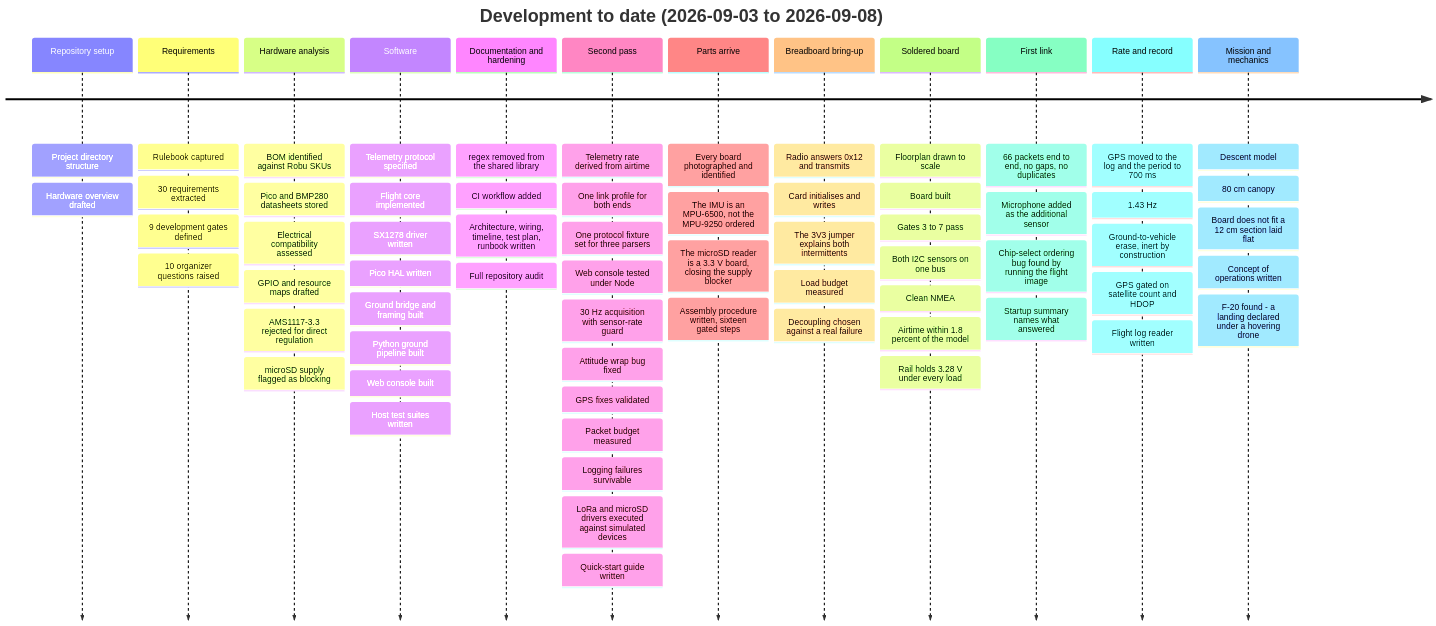
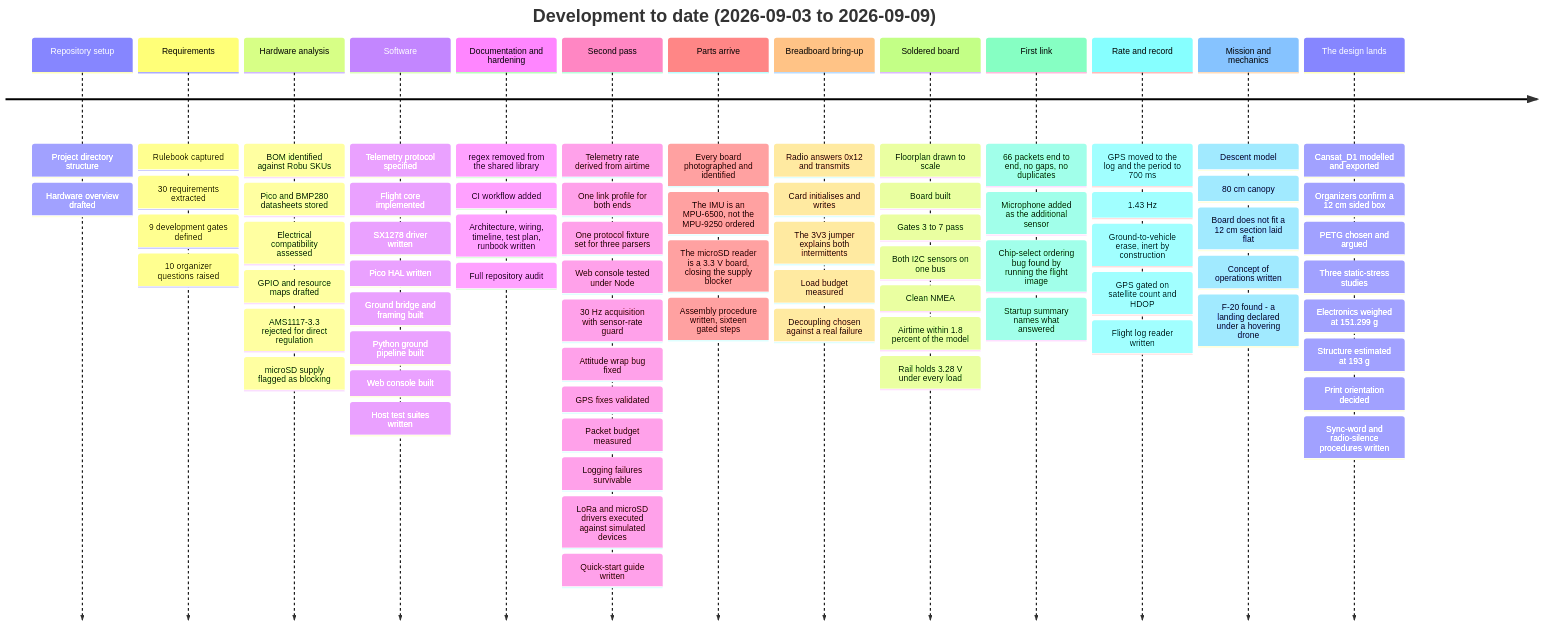
The first of 4 diagrams in documentation/project/timeline.md (KunjSorathiya/CanSat-2026), drawn with Mermaid before and after one commit. The commit also changed other lines of this file and 2 other files, not shown here.

````diff
--- a/documentation/project/timeline.md
+++ b/documentation/project/timeline.md
@@ -56,16 +56,17 @@
 ```mermaid
 timeline
-    title Development to date (2026-09-03 to 2026-09-08)
+    title Development to date (2026-09-03 to 2026-09-09)
     Repository setup : Project directory structure : Hardware overview drafted
     Requirements : Rulebook captured : 30 requirements extracted : 9 development gates defined : 10 organizer questions raised
     Hardware analysis : BOM identified against Robu SKUs : Pico and BMP280 datasheets stored : Electrical compatibility assessed : GPIO and resource maps drafted : AMS1117-3.3 rejected for direct regulation : microSD supply flagged as blocking
     Software : Telemetry protocol specified : Flight core implemented : SX1278 driver written : Pico HAL written : Ground bridge and framing built : Python ground pipeline built : Web console built : Host test suites written
     Documentation and hardening : regex removed from the shared library : CI workflow added : Architecture, wiring, timeline, test plan, runbook written : Full repository audit
     Second pass : Telemetry rate derived from airtime : One link profile for both ends : One protocol fixture set for three parsers : Web console tested under Node : 30 Hz acquisition with sensor-rate guard : Attitude wrap bug fixed : GPS fixes validated : Packet budget measured : Logging failures survivable : LoRa and microSD drivers executed against simulated devices : Quick-start guide written
     Parts arrive : Every board photographed and identified : The IMU is an MPU-6500, not the MPU-9250 ordered : The microSD reader is a 3.3 V board, closing the supply blocker : Assembly procedure written, sixteen gated steps
     Breadboard bring-up : Radio answers 0x12 and transmits : Card initialises and writes : The 3V3 jumper explains both intermittents : Load budget measured : Decoupling chosen against a real failure
     Soldered board : Floorplan drawn to scale : Board built : Gates 3 to 7 pass : Both I2C sensors on one bus : Clean NMEA : Airtime within 1.8 percent of the model : Rail holds 3.28 V under every load
     First link : 66 packets end to end, no gaps, no duplicates : Microphone added as the additional sensor : Chip-select ordering bug found by running the flight image : Startup summary names what answered
     Rate and record : GPS moved to the log and the period to 700 ms : 1.43 Hz : Ground-to-vehicle erase, inert by construction : GPS gated on satellite count and HDOP : Flight log reader written
     Mission and mechanics : Descent model : 80 cm canopy : Board does not fit a 12 cm section laid flat : Concept of operations written : F-20 found - a landing declared under a hovering drone
+    The design lands : Cansat_D1 modelled and exported : Organizers confirm a 12 cm sided box : PETG chosen and argued : Three static-stress studies : Electronics weighed at 151.299 g : Structure estimated at 193 g : Print orientation decided : Sync-word and radio-silence procedures written
 ```
````
